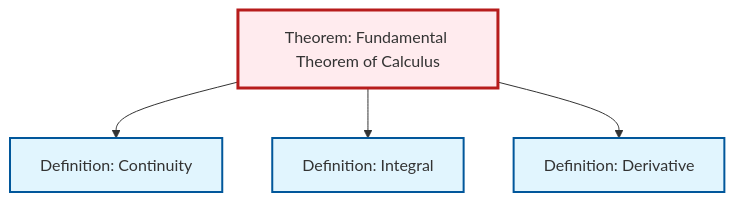
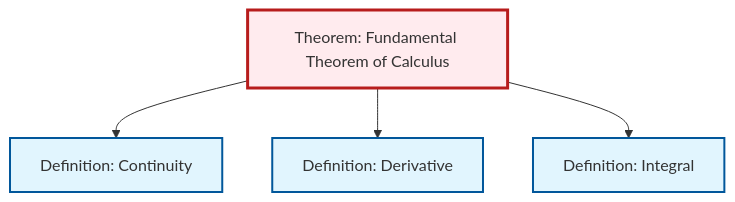
Before and after one commit to RK0429/ModernMath: the diagram in content/en/analysis/thm-fundamental-calculus.qmd, drawn with Mermaid. The commit also changed other lines of this file and 328 other files, not shown here.

````diff
--- a/content/en/analysis/thm-fundamental-calculus.qmd
+++ b/content/en/analysis/thm-fundamental-calculus.qmd
@@ -141,20 +141,20 @@
 ```{mermaid}
 %%| fig-cap: "Local dependency graph"
 graph TD
     classDef definition fill:#e1f5fe,stroke:#01579b,stroke-width:2px
     classDef theorem fill:#f3e5f5,stroke:#4a148c,stroke-width:2px
     classDef axiom fill:#fff3e0,stroke:#e65100,stroke-width:2px
     classDef example fill:#e8f5e9,stroke:#1b5e20,stroke-width:2px
     classDef current fill:#ffebee,stroke:#b71c1c,stroke-width:3px
+    def-derivative["Definition: Derivative"]:::definition
+    def-integral["Definition: Integral"]:::definition
     thm-fundamental-calculus["Theorem: Fundamental Theorem of Calculus"]:::theorem
     def-continuity["Definition: Continuity"]:::definition
-    def-integral["Definition: Integral"]:::definition
-    def-derivative["Definition: Derivative"]:::definition
     thm-fundamental-calculus --> def-continuity
+    thm-fundamental-calculus --> def-derivative
     thm-fundamental-calculus --> def-integral
-    thm-fundamental-calculus --> def-derivative
     class thm-fundamental-calculus current
+    click def-derivative "def-derivative.html" "Go to Derivative definition"
+    click def-integral "def-integral.html" "Go to Integral definition"
     click def-continuity "def-continuity.html" "Go to Continuity definition"
-    click def-integral "def-integral.html" "Go to Integral definition"
-    click def-derivative "def-derivative.html" "Go to Derivative definition"
 ```
````
